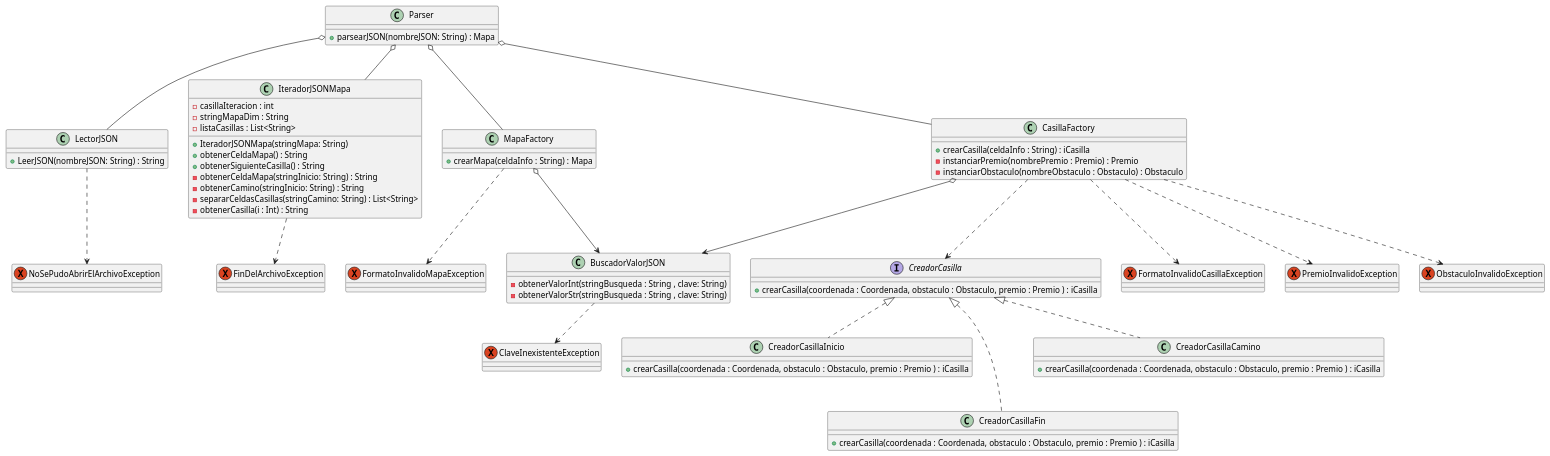
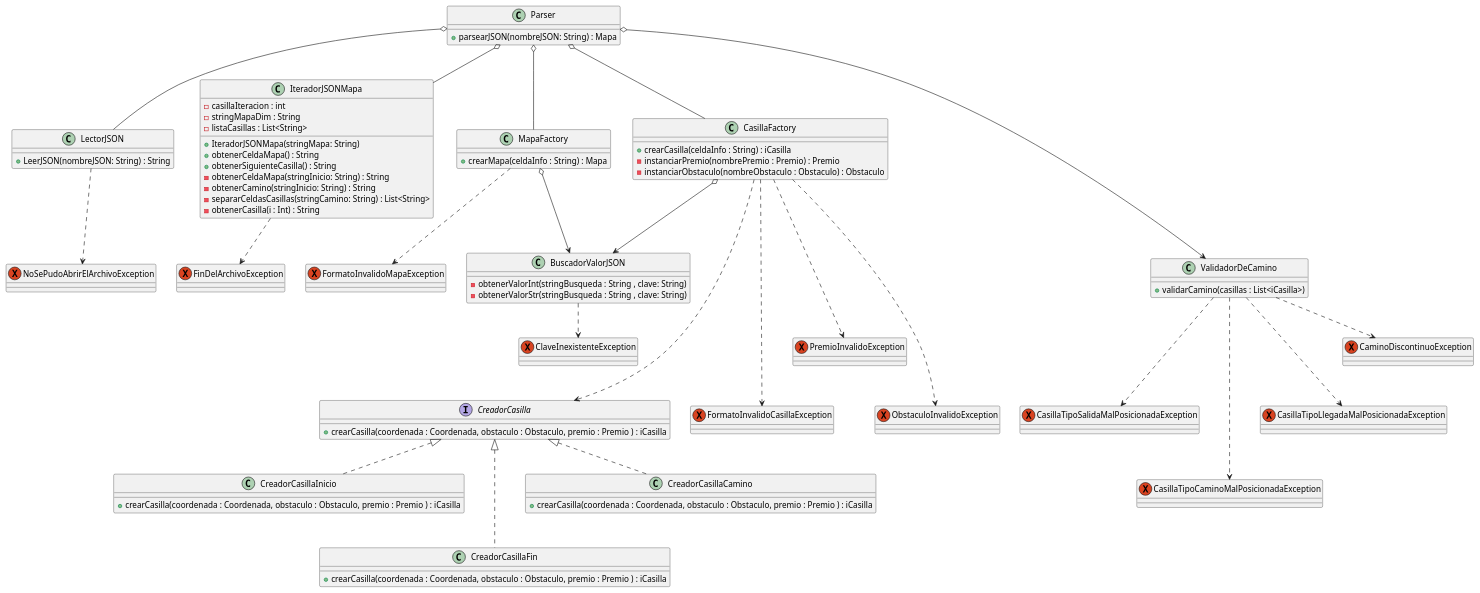
The diagram in diagrams/clases/parser/clase_parser.plantuml (mcumskov/Algo3_tp2), drawn with PlantUML before and after one commit. The commit also changed 19 other files, not shown here.

Commit message:
Agrego validador de mapa a Parser y sus pruebas unitarias Ahora la validación del mapa se hace en un objeto aparte Además agrego la función de validación de posición en la lista de casillas a la interfaz iCasilla para que cada casilla pueda detectar si está bien posicionada o no por sí sola

```diff
--- a/diagrams/clases/parser/clase_parser.plantuml
+++ b/diagrams/clases/parser/clase_parser.plantuml
@@ -1,106 +1,123 @@
 @startuml
 class Parser {
 
     + parsearJSON(nombreJSON: String) : Mapa
 
 }
 
 class LectorJSON {
 
     +LeerJSON(nombreJSON: String) : String
 
 
 }
 
 class IteradorJSONMapa {
 
     - casillaIteracion : int
     - stringMapaDim : String
     - listaCasillas : List<String>
     + IteradorJSONMapa(stringMapa: String)
     + obtenerCeldaMapa() : String
     + obtenerSiguienteCasilla() : String
     - obtenerCeldaMapa(stringInicio: String) : String
     - obtenerCamino(stringInicio: String) : String
     - separarCeldasCasillas(stringCamino: String) : List<String>
     - obtenerCasilla(i : Int) : String
 
 }
 
 class BuscadorValorJSON{
 
     - obtenerValorInt(stringBusqueda : String , clave: String)
     - obtenerValorStr(stringBusqueda : String , clave: String)
 
 }
 
 class MapaFactory{
 
     + crearMapa(celdaInfo : String) : Mapa
 
 }
 
 class CasillaFactory{
 
     + crearCasilla(celdaInfo : String) : iCasilla
     - instanciarPremio(nombrePremio : Premio) : Premio
     - instanciarObstaculo(nombreObstaculo : Obstaculo) : Obstaculo
+}
+
+class ValidadorDeCamino{
+
+    +validarCamino(casillas : List<iCasilla>)
 
 }
 
 interface CreadorCasilla{
 
     + crearCasilla(coordenada : Coordenada, obstaculo : Obstaculo, premio : Premio ) : iCasilla
 
 }
 
 class CreadorCasillaInicio{
     + crearCasilla(coordenada : Coordenada, obstaculo : Obstaculo, premio : Premio ) : iCasilla
 }
 
 class CreadorCasillaFin{
     + crearCasilla(coordenada : Coordenada, obstaculo : Obstaculo, premio : Premio ) : iCasilla
 }
 
 class CreadorCasillaCamino{
     + crearCasilla(coordenada : Coordenada, obstaculo : Obstaculo, premio : Premio ) : iCasilla
 }
 
 exception NoSePudoAbrirElArchivoException{}
 
 exception FinDelArchivoException{}
 
 exception FormatoInvalidoMapaException{}
 exception FormatoInvalidoCasillaException{}
 exception PremioInvalidoException{}
 exception ObstaculoInvalidoException{}
 exception ClaveInexistenteException{}
 
 Parser o-- LectorJSON
 LectorJSON .-> NoSePudoAbrirElArchivoException
 
 Parser o-- IteradorJSONMapa
 IteradorJSONMapa ..> FinDelArchivoException
 
 Parser o-- MapaFactory
 Parser o-- CasillaFactory
 
 MapaFactory o--> BuscadorValorJSON
 CasillaFactory o--> BuscadorValorJSON
 BuscadorValorJSON ..> ClaveInexistenteException
 
 
-CasillaFactory ..> CreadorCasilla
-CasillaFactory ..> PremioInvalidoException
-CasillaFactory ..> ObstaculoInvalidoException
-
+CasillaFactory ....> CreadorCasilla
 CreadorCasilla <|.. CreadorCasillaInicio
 CreadorCasilla <|..  CreadorCasillaCamino
 CreadorCasilla <|...  CreadorCasillaFin
 
-MapaFactory ..> FormatoInvalidoMapaException
-CasillaFactory ..> FormatoInvalidoCasillaException
+CasillaFactory ....> FormatoInvalidoCasillaException
+CasillaFactory ...> PremioInvalidoException
+CasillaFactory ....> ObstaculoInvalidoException
 
 
 
+MapaFactory ..> FormatoInvalidoMapaException
+
+Parser o---> ValidadorDeCamino
+
+exception CasillaTipoSalidaMalPosicionadaException{}
+exception CasillaTipoCaminoMalPosicionadaException{}
+exception CasillaTipoLlegadaMalPosicionadaException{}
+exception CaminoDiscontinuoException{}
+
+ValidadorDeCamino ...> CasillaTipoSalidaMalPosicionadaException
+ValidadorDeCamino ....> CasillaTipoCaminoMalPosicionadaException
+ValidadorDeCamino ...> CasillaTipoLlegadaMalPosicionadaException
+ValidadorDeCamino ..> CaminoDiscontinuoException
+
 @enduml
```
